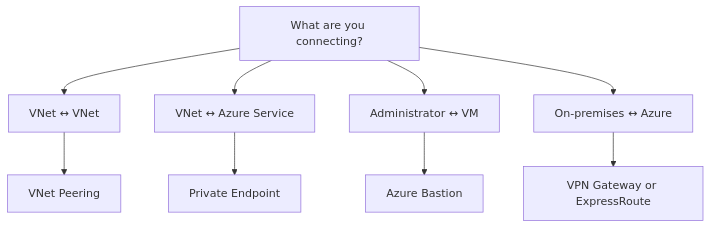
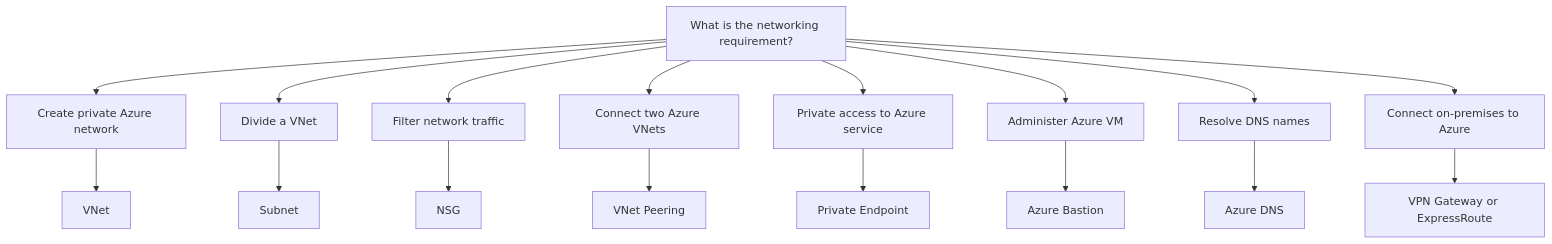
The first of 11 diagrams in review/04-networking.md (zhyordanova/azure-fundamentals-handbook), drawn with Mermaid before and after one commit. The commit also changed other lines of this file, not shown here.

````diff
--- a/review/04-networking.md
+++ b/review/04-networking.md
@@ -16,15 +16,23 @@
 ```mermaid
 flowchart TD
 
-    A["What are you connecting?"]
+    A["What is the networking requirement?"]
 
-    A --> B["VNet ↔ VNet"]
-    A --> C["VNet ↔ Azure Service"]
-    A --> D["Administrator ↔ VM"]
-    A --> E["On-premises ↔ Azure"]
+    A --> B["Create private Azure network"]
+    A --> C["Divide a VNet"]
+    A --> D["Filter network traffic"]
+    A --> E["Connect two Azure VNets"]
+    A --> F["Private access to Azure service"]
+    A --> G["Administer Azure VM"]
+    A --> H["Resolve DNS names"]
+    A --> I["Connect on-premises to Azure"]
 
-    B --> F["VNet Peering"]
-    C --> G["Private Endpoint"]
-    D --> H["Azure Bastion"]
-    E --> I["VPN Gateway or ExpressRoute"]
+    B --> B1["VNet"]
+    C --> C1["Subnet"]
+    D --> D1["NSG"]
+    E --> E1["VNet Peering"]
+    F --> F1["Private Endpoint"]
+    G --> G1["Azure Bastion"]
+    H --> H1["Azure DNS"]
+    I --> I1["VPN Gateway or ExpressRoute"]
 ```
````
